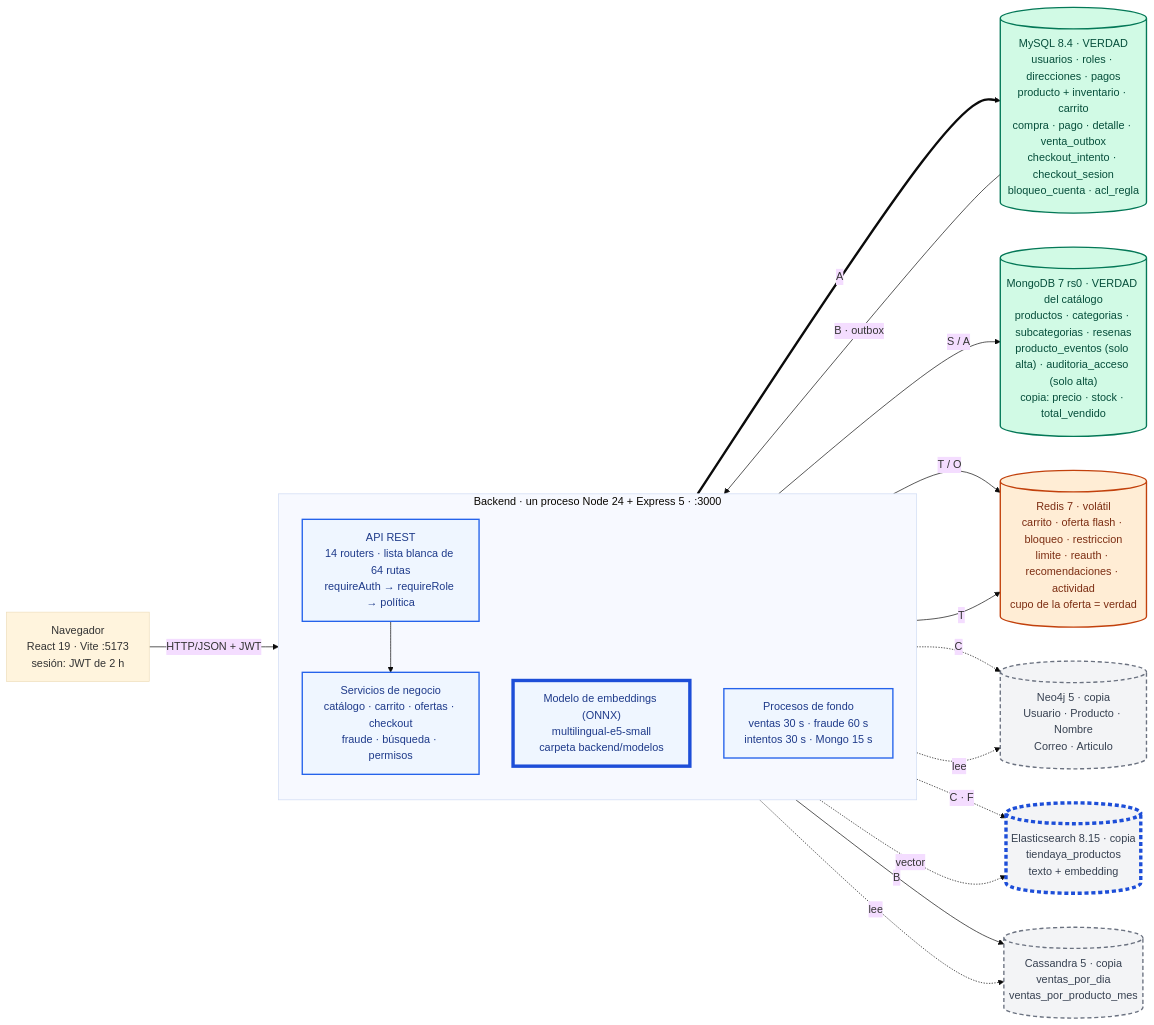
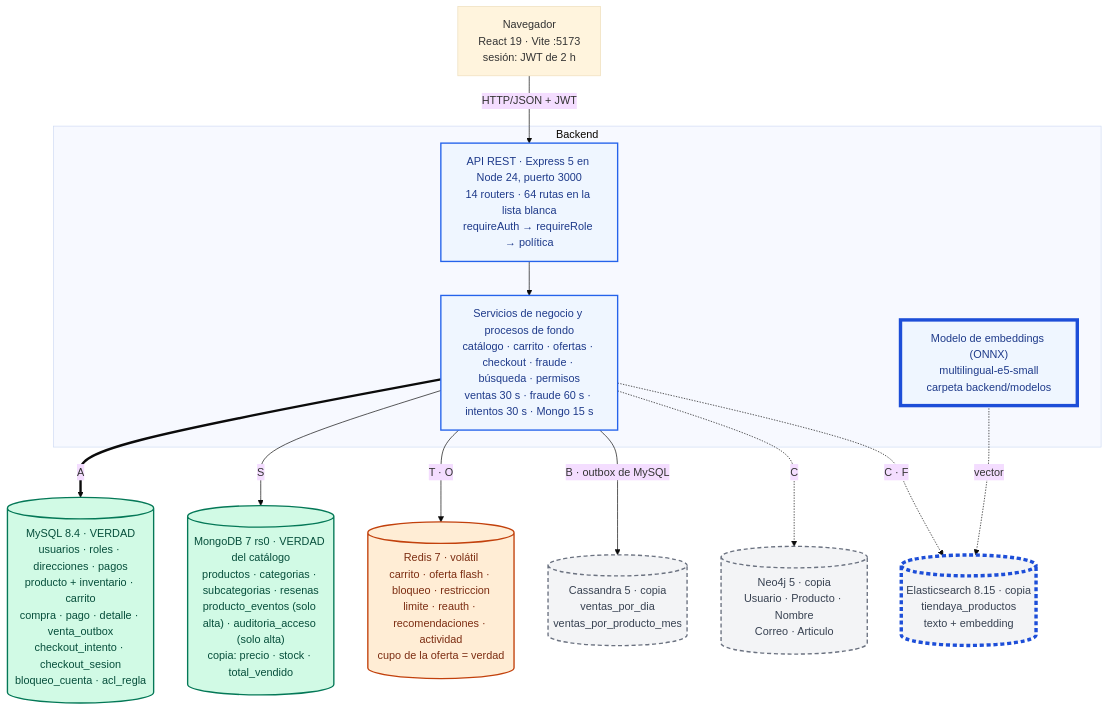
Before and after one commit to VidStal12/Base_de_Datos_2_P: the first of 5 diagrams in IA/ARQUITECTURA-FINAL.md, drawn with Mermaid (base theme). The commit also changed other lines of this file and 17 other files, not shown here.

````diff
--- a/IA/ARQUITECTURA-FINAL.md
+++ b/IA/ARQUITECTURA-FINAL.md
@@ -58,45 +62,39 @@
 ```mermaid
-flowchart LR
+flowchart TB
   classDef verdad fill:#d1fae5,stroke:#047857,stroke-width:2px,color:#064e3b
   classDef copia fill:#f3f4f6,stroke:#6b7280,stroke-width:2px,stroke-dasharray:6 4,color:#374151
   classDef volatil fill:#ffedd5,stroke:#c2410c,stroke-width:2px,color:#7c2d12
   classDef proceso fill:#eff6ff,stroke:#2563eb,stroke-width:2px,color:#1e3a8a
   classDef nuevo stroke:#1d4ed8,stroke-width:5px
 
   NAV["Navegador<br/>React 19 · Vite :5173<br/>sesión: JWT de 2 h"]
 
-  subgraph BE["Backend · un proceso Node 24 + Express 5 · :3000"]
-    direction TB
-    API["API REST<br/>14 routers · lista blanca de 64 rutas<br/>requireAuth → requireRole → política"]
-    SRV["Servicios de negocio<br/>catálogo · carrito · ofertas · checkout<br/>fraude · búsqueda · permisos"]
+  subgraph BE["Backend"]
+    API["API REST · Express 5 en Node 24, puerto 3000<br/>14 routers · 64 rutas en la lista blanca<br/>requireAuth → requireRole → política"]
+    SRV["Servicios de negocio y procesos de fondo<br/>catálogo · carrito · ofertas · checkout · fraude · búsqueda · permisos<br/>ventas 30 s · fraude 60 s · intentos 30 s · Mongo 15 s"]
     EMB["Modelo de embeddings (ONNX)<br/>multilingual-e5-small<br/>carpeta backend/modelos"]
-    BG["Procesos de fondo<br/>ventas 30 s · fraude 60 s<br/>intentos 30 s · Mongo 15 s"]
   end
 
   MY[("MySQL 8.4 · VERDAD<br/>usuarios · roles · direcciones · pagos<br/>producto + inventario · carrito<br/>compra · pago · detalle · venta_outbox<br/>checkout_intento · checkout_sesion<br/>bloqueo_cuenta · acl_regla")]
   MG[("MongoDB 7 rs0 · VERDAD del catálogo<br/>productos · categorias · subcategorias · resenas<br/>producto_eventos (solo alta) · auditoria_acceso (solo alta)<br/>copia: precio · stock · total_vendido")]
   RE[("Redis 7 · volátil<br/>carrito · oferta flash · bloqueo · restriccion<br/>limite · reauth · recomendaciones · actividad<br/>cupo de la oferta = verdad")]
   CA[("Cassandra 5 · copia<br/>ventas_por_dia<br/>ventas_por_producto_mes")]
   NE[("Neo4j 5 · copia<br/>Usuario · Producto · Nombre<br/>Correo · Articulo")]
   ES[("Elasticsearch 8.15 · copia<br/>tiendaya_productos<br/>texto + embedding")]
 
-  NAV -- "HTTP/JSON + JWT" --> API
+  NAV -->|"HTTP/JSON + JWT"| API
   API --> SRV
   SRV ==>|"A"| MY
-  SRV -->|"S / A"| MG
-  SRV -->|"T / O"| RE
+  SRV -->|"S"| MG
+  SRV -->|"T · O"| RE
+  SRV -->|"B · outbox de MySQL"| CA
   SRV -.->|"C"| NE
   SRV -.->|"C · F"| ES
-  BG -->|"B"| CA
-  BG -->|"T"| RE
   EMB -.->|"vector"| ES
-  MY -->|"B · outbox"| BG
-  SRV -.->|"lee"| CA
-  SRV -.->|"lee"| NE
 
   class MY,MG verdad
   class RE volatil
   class CA,NE,ES copia
-  class API,SRV,BG,EMB proceso
+  class API,SRV,EMB proceso
   class EMB,ES nuevo
 ```
````
